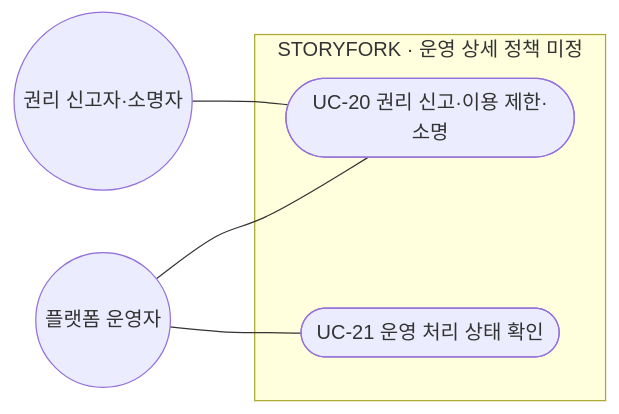
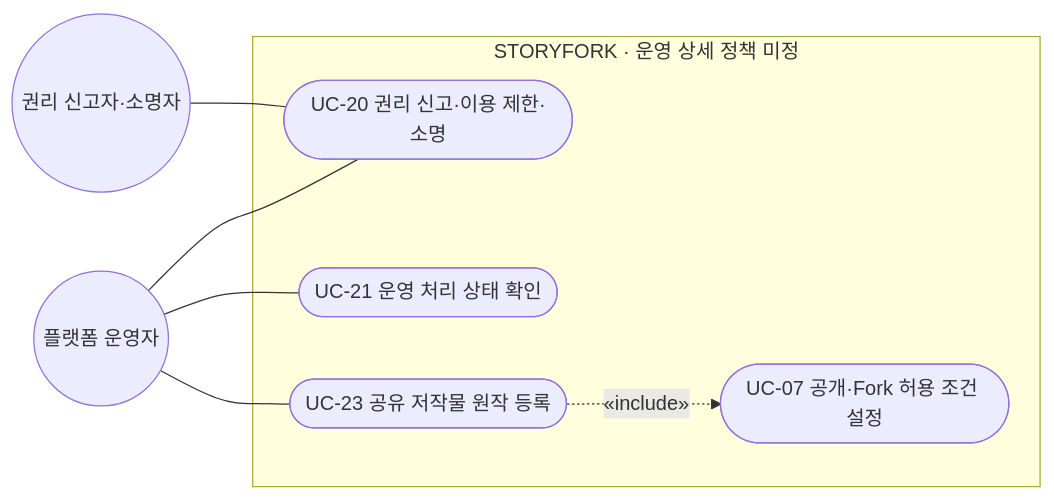
Before and after one commit to SKNETWORKS-FAMILY-AICAMP/SKN34-FINAL-4TEAM: the fifth of 9 diagrams in docs/usecase.md, drawn with Mermaid. The commit also changed other lines of this file and 1 other file, not shown here.

First line of the commit message:
docs: 유스케이스 다이어그램 보완 및 명세서 작성

````diff
--- a/docs/usecase.md
+++ b/docs/usecase.md
@@ -215,12 +241,16 @@
 ```mermaid
 flowchart LR
   O(("플랫폼 운영자"))
   H(("권리 신고자·소명자"))
   subgraph SYS["STORYFORK · 운영 상세 정책 미정"]
     U20(["UC-20 권리 신고·이용 제한·소명"])
     U21(["UC-21 운영 처리 상태 확인"])
+    U23(["UC-23 공유 저작물 원작 등록"])
+    U07(["UC-07 공개·Fork 허용 조건 설정"])
   end
+  H --- U20
   O --- U20
   O --- U21
-  H --- U20
+  O --- U23
+  U23 -.->|"«include»"| U07
 ```
````
